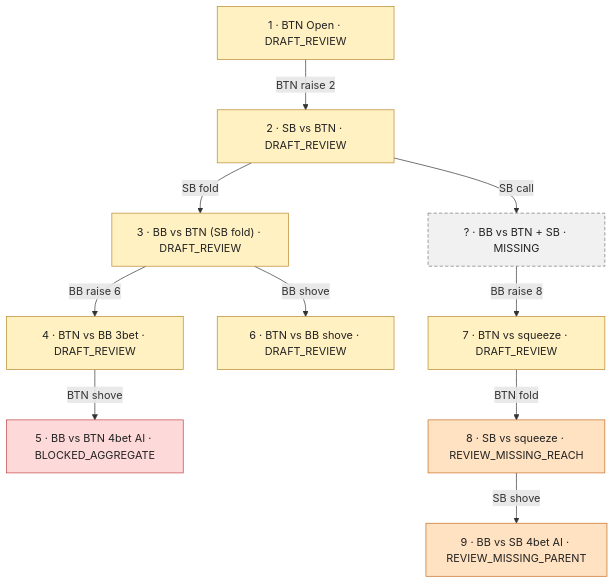
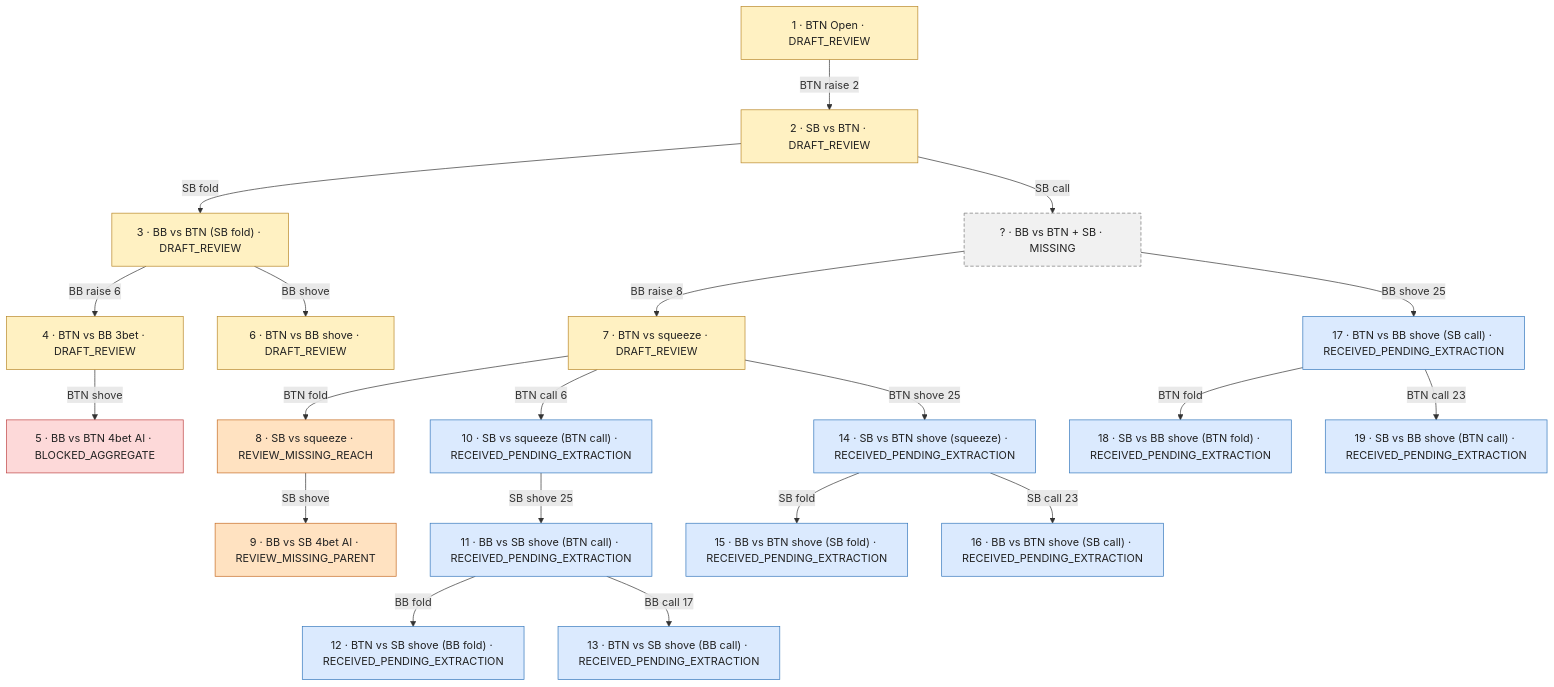
One commit to pmartins87/DeepGT changed the diagram in docs/PREFLOP_DASHBOARD.md. Above: the diagram before and after it, drawn with Mermaid. The commit also changed other lines of this file, not shown here.

Commit message:
Separate received charts from coded charts and show partial-history evidence

````diff
--- a/docs/PREFLOP_DASHBOARD.md
+++ b/docs/PREFLOP_DASHBOARD.md
@@ -57,37 +77,68 @@
 ```mermaid
 flowchart TD
   N1["1 · BTN Open · DRAFT_REVIEW"]
   N2["2 · SB vs BTN · DRAFT_REVIEW"]
   N1 -->|"BTN raise 2"| N2
   N3["3 · BB vs BTN (SB fold) · DRAFT_REVIEW"]
   N2 -->|"SB fold"| N3
   N4["4 · BTN vs BB 3bet · DRAFT_REVIEW"]
   N3 -->|"BB raise 6"| N4
   N5["5 · BB vs BTN 4bet AI · BLOCKED_AGGREGATE"]
   N4 -->|"BTN shove"| N5
   N6["6 · BTN vs BB shove · DRAFT_REVIEW"]
   N3 -->|"BB shove"| N6
   N7["7 · BTN vs squeeze · DRAFT_REVIEW"]
   N10 -->|"BB raise 8"| N7
   N8["8 · SB vs squeeze · REVIEW_MISSING_REACH"]
   N7 -->|"BTN fold"| N8
   N9["9 · BB vs SB 4bet AI · REVIEW_MISSING_PARENT"]
   N8 -->|"SB shove"| N9
   N10["? · BB vs BTN + SB · MISSING"]
   N2 -->|"SB call"| N10
+  N11["10 · SB vs squeeze (BTN call) · RECEIVED_PENDING_EXTRACTION"]
+  N7 -->|"BTN call 6"| N11
+  N12["11 · BB vs SB shove (BTN call) · RECEIVED_PENDING_EXTRACTION"]
+  N11 -->|"SB shove 25"| N12
+  N13["12 · BTN vs SB shove (BB fold) · RECEIVED_PENDING_EXTRACTION"]
+  N12 -->|"BB fold"| N13
+  N14["13 · BTN vs SB shove (BB call) · RECEIVED_PENDING_EXTRACTION"]
+  N12 -->|"BB call 17"| N14
+  N15["14 · SB vs BTN shove (squeeze) · RECEIVED_PENDING_EXTRACTION"]
+  N7 -->|"BTN shove 25"| N15
+  N16["15 · BB vs BTN shove (SB fold) · RECEIVED_PENDING_EXTRACTION"]
+  N15 -->|"SB fold"| N16
+  N17["16 · BB vs BTN shove (SB call) · RECEIVED_PENDING_EXTRACTION"]
+  N15 -->|"SB call 23"| N17
+  N18["17 · BTN vs BB shove (SB call) · RECEIVED_PENDING_EXTRACTION"]
+  N10 -->|"BB shove 25"| N18
+  N19["18 · SB vs BB shove (BTN fold) · RECEIVED_PENDING_EXTRACTION"]
+  N18 -->|"BTN fold"| N19
+  N20["19 · SB vs BB shove (BTN call) · RECEIVED_PENDING_EXTRACTION"]
+  N18 -->|"BTN call 23"| N20
+  classDef received fill:#dbeafe,stroke:#3477bc,color:#222
   classDef draft fill:#fff1c2,stroke:#b88728,color:#222
   classDef blocked fill:#fdd9d9,stroke:#bd4242,color:#222
   classDef pending fill:#f1f1f1,stroke:#777,stroke-dasharray:5 3,color:#222
   classDef special fill:#ffe2c1,stroke:#c56a22,color:#222
   classDef done fill:#d8f1dc,stroke:#438747,color:#222
   class N1 draft
   class N2 draft
   class N3 draft
   class N4 draft
   class N5 blocked
   class N6 draft
   class N7 draft
   class N8 special
   class N9 special
   class N10 pending
+  class N11 received
+  class N12 received
+  class N13 received
+  class N14 received
+  class N15 received
+  class N16 received
+  class N17 received
+  class N18 received
+  class N19 received
+  class N20 received
 ```
````
